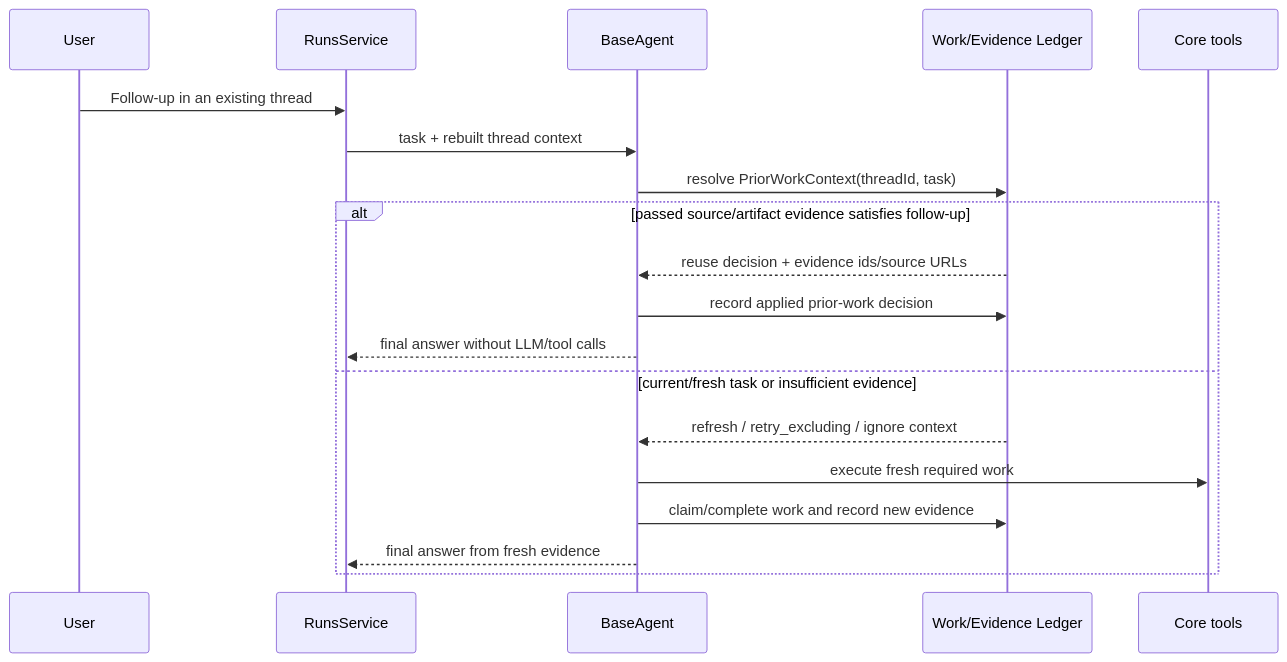
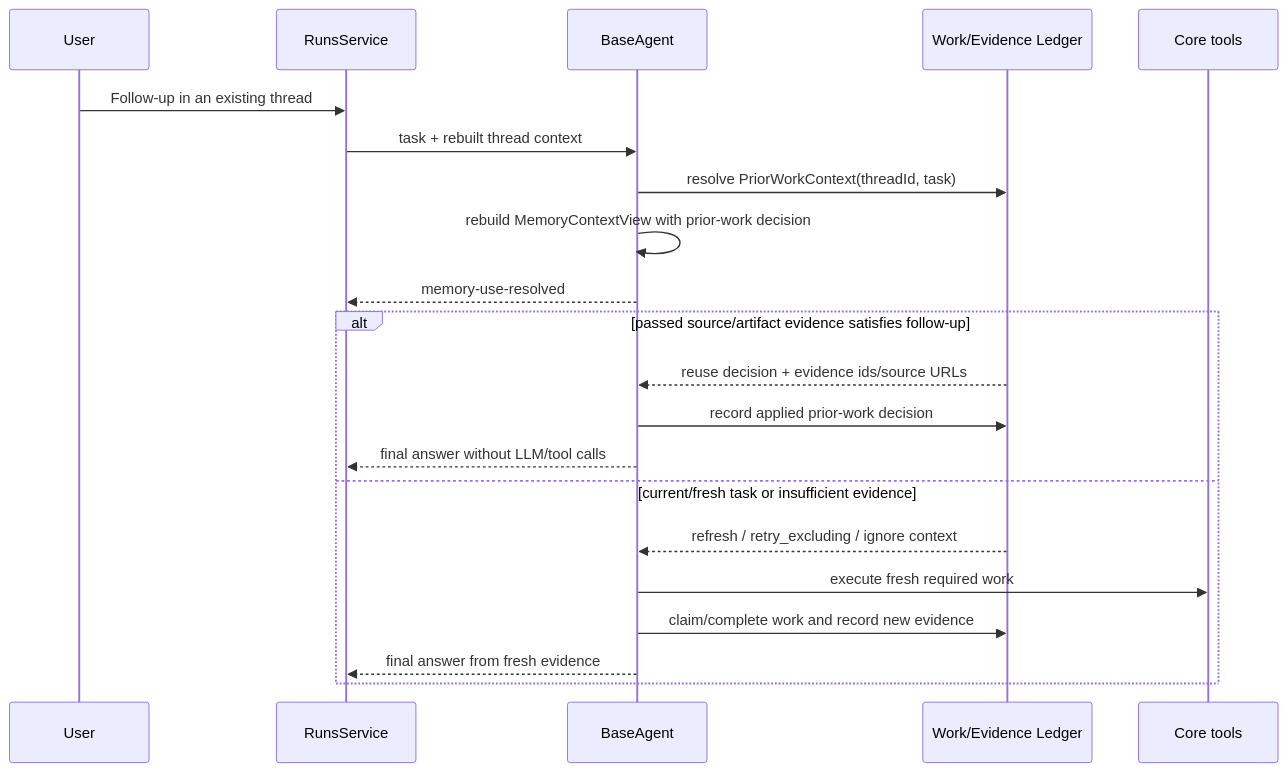
The ninth of 9 diagrams in docs/current-architecture.md (ruler47/agentic), drawn with Mermaid before and after one commit. The commit also changed other lines of this file and 20 other files, not shown here.

````diff
--- a/docs/current-architecture.md
+++ b/docs/current-architecture.md
@@ -446,22 +461,24 @@
 ```mermaid
 sequenceDiagram
   participant User
   participant Runs as RunsService
   participant Agent as BaseAgent
   participant Ledger as Work/Evidence Ledger
   participant Tools as Core tools
 
   User->>Runs: Follow-up in an existing thread
   Runs->>Agent: task + rebuilt thread context
   Agent->>Ledger: resolve PriorWorkContext(threadId, task)
+  Agent->>Agent: rebuild MemoryContextView with prior-work decision
+  Agent-->>Runs: memory-use-resolved
   alt passed source/artifact evidence satisfies follow-up
     Ledger-->>Agent: reuse decision + evidence ids/source URLs
     Agent->>Ledger: record applied prior-work decision
     Agent-->>Runs: final answer without LLM/tool calls
   else current/fresh task or insufficient evidence
     Ledger-->>Agent: refresh / retry_excluding / ignore context
     Agent->>Tools: execute fresh required work
     Agent->>Ledger: claim/complete work and record new evidence
     Agent-->>Runs: final answer from fresh evidence
   end
 ```
````
